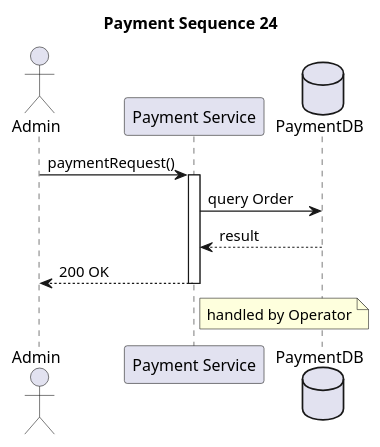
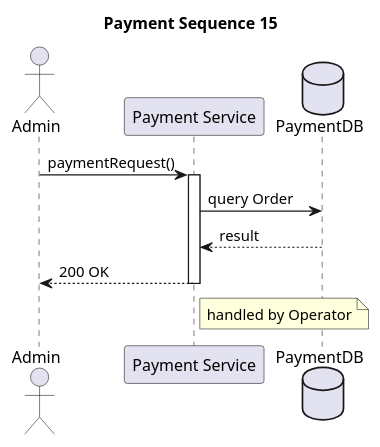
The diagram in 002_sequence_payment.md (TTihomir/PlantUML-diagrams), drawn with PlantUML before and after one commit.

Commit message:
Update payment sequence title from 24 to 15

````diff
--- a/002_sequence_payment.md
+++ b/002_sequence_payment.md
@@ -3,15 +3,15 @@
 ```plantuml
 @startuml
-title Payment Sequence 24
+title Payment Sequence 15
 actor Admin as A
 participant "Payment Service" as S
 database "PaymentDB" as DB
 A -> S : paymentRequest()
 activate S
 S -> DB : query Order
 DB --> S : result
 S --> A : 200 OK
 deactivate S
 note right of S : handled by Operator
 @enduml
 ```
````
